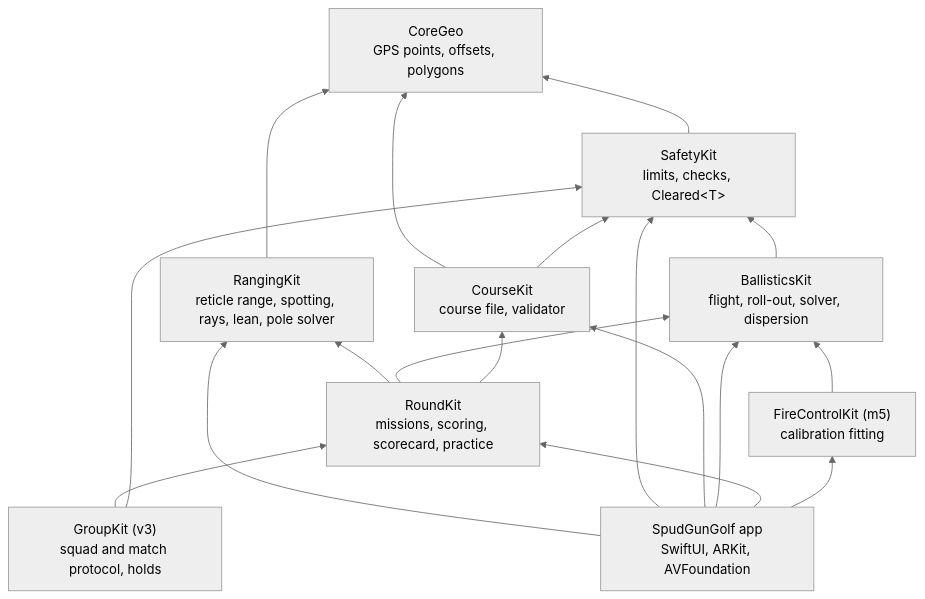
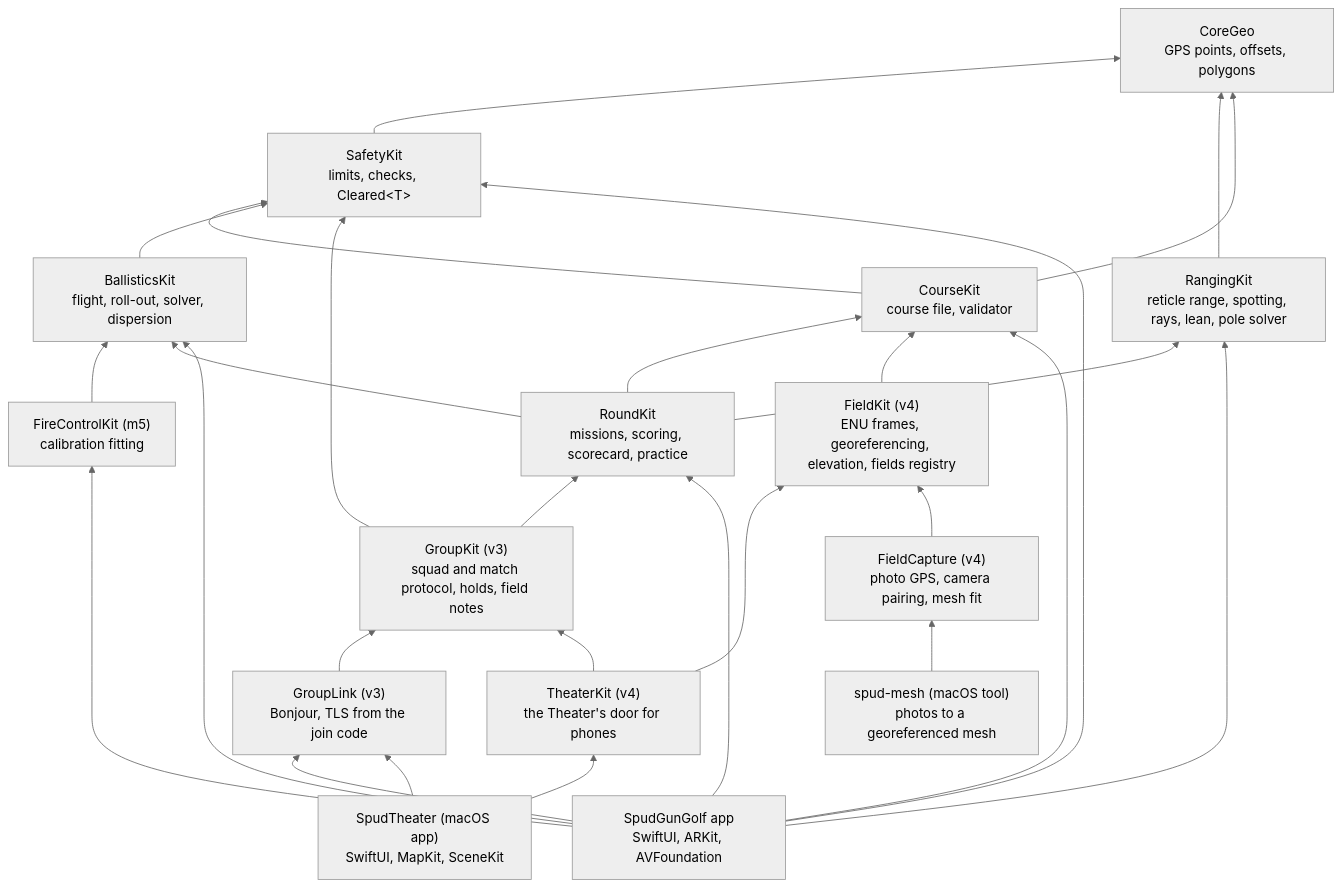
Before and after one commit to zacharyelston/BackyardBallistics: the first of 2 diagrams in docs/ARCHITECTURE.md, drawn with Mermaid (neutral theme). The commit also changed other lines of this file and 14 other files, not shown here.

````diff
--- a/docs/ARCHITECTURE.md
+++ b/docs/ARCHITECTURE.md
@@ -7,29 +7,44 @@
 ```mermaid
 graph BT
   CoreGeo["CoreGeo<br/>GPS points, offsets, polygons"]
   SafetyKit["SafetyKit<br/>limits, checks, Cleared&lt;T&gt;"]
   RangingKit["RangingKit<br/>reticle range, spotting, rays, lean, pole solver"]
   CourseKit["CourseKit<br/>course file, validator"]
   BallisticsKit["BallisticsKit<br/>flight, roll-out, solver, dispersion"]
   FireControlKit["FireControlKit (m5)<br/>calibration fitting"]
   RoundKit["RoundKit<br/>missions, scoring, scorecard, practice"]
-  GroupKit["GroupKit (v3)<br/>squad and match protocol, holds"]
+  GroupKit["GroupKit (v3)<br/>squad and match protocol, holds, field notes"]
+  GroupLink["GroupLink (v3)<br/>Bonjour, TLS from the join code"]
+  FieldKit["FieldKit (v4)<br/>ENU frames, georeferencing, elevation, fields registry"]
+  TheaterKit["TheaterKit (v4)<br/>the Theater's door for phones"]
+  FieldCapture["FieldCapture (v4)<br/>photo GPS, camera pairing, mesh fit"]
+  SpudMesh["spud-mesh (macOS tool)<br/>photos to a georeferenced mesh"]
   App["SpudGunGolf app<br/>SwiftUI, ARKit, AVFoundation"]
+  Theater["SpudTheater (macOS app)<br/>SwiftUI, MapKit, SceneKit"]
   SafetyKit --> CoreGeo
   RangingKit --> CoreGeo
   CourseKit --> CoreGeo
   CourseKit --> SafetyKit
   BallisticsKit --> SafetyKit
   FireControlKit --> BallisticsKit
   RoundKit --> RangingKit
   RoundKit --> BallisticsKit
   RoundKit --> CourseKit
   GroupKit --> RoundKit
   GroupKit --> SafetyKit
+  GroupLink --> GroupKit
+  FieldKit --> CourseKit
+  TheaterKit --> GroupKit
+  TheaterKit --> FieldKit
+  FieldCapture --> FieldKit
+  SpudMesh --> FieldCapture
   App --> RangingKit
   App --> SafetyKit
   App --> CourseKit
   App --> BallisticsKit
   App --> RoundKit
   App --> FireControlKit
+  App --> GroupLink
+  Theater --> GroupLink
+  Theater --> TheaterKit
 ```
````
